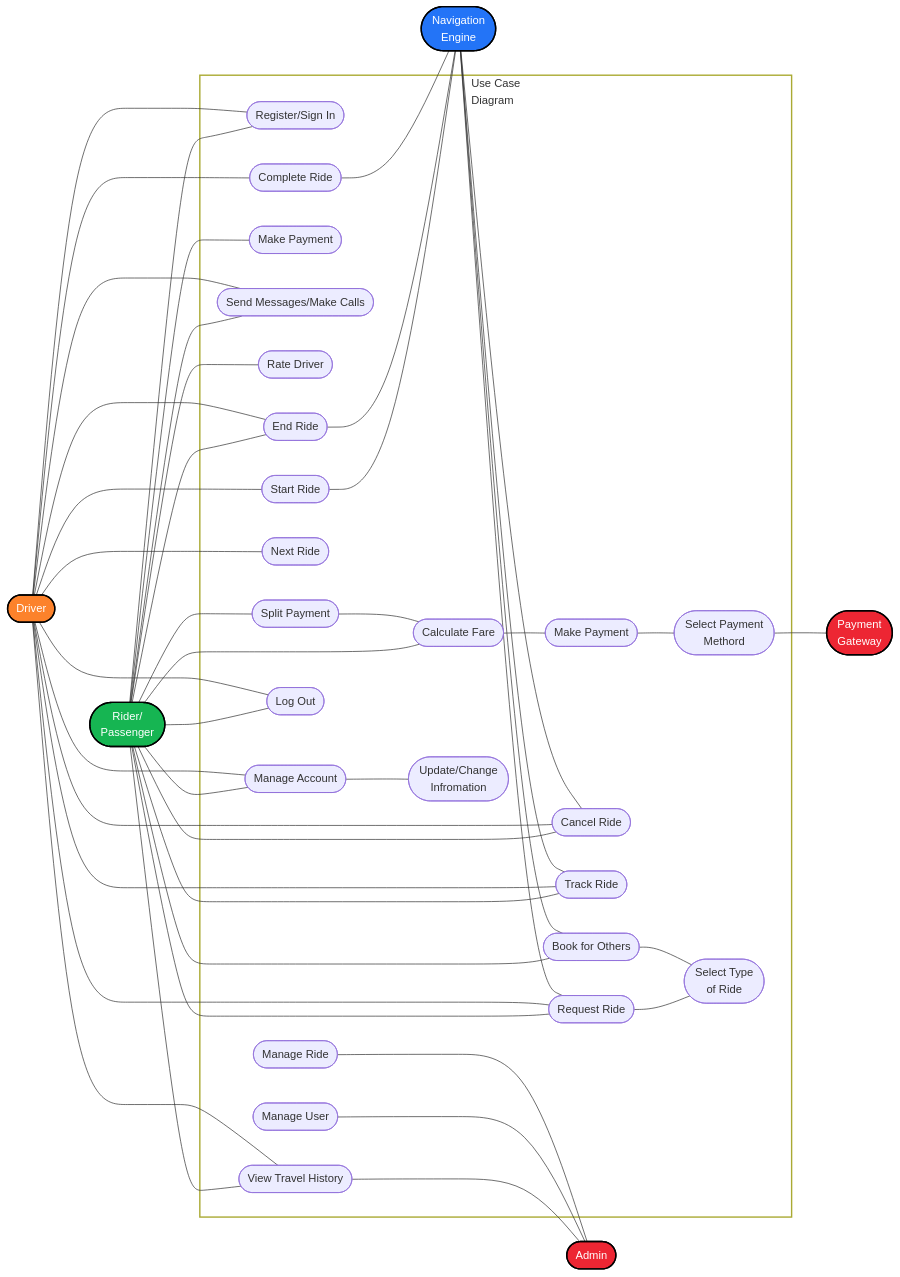
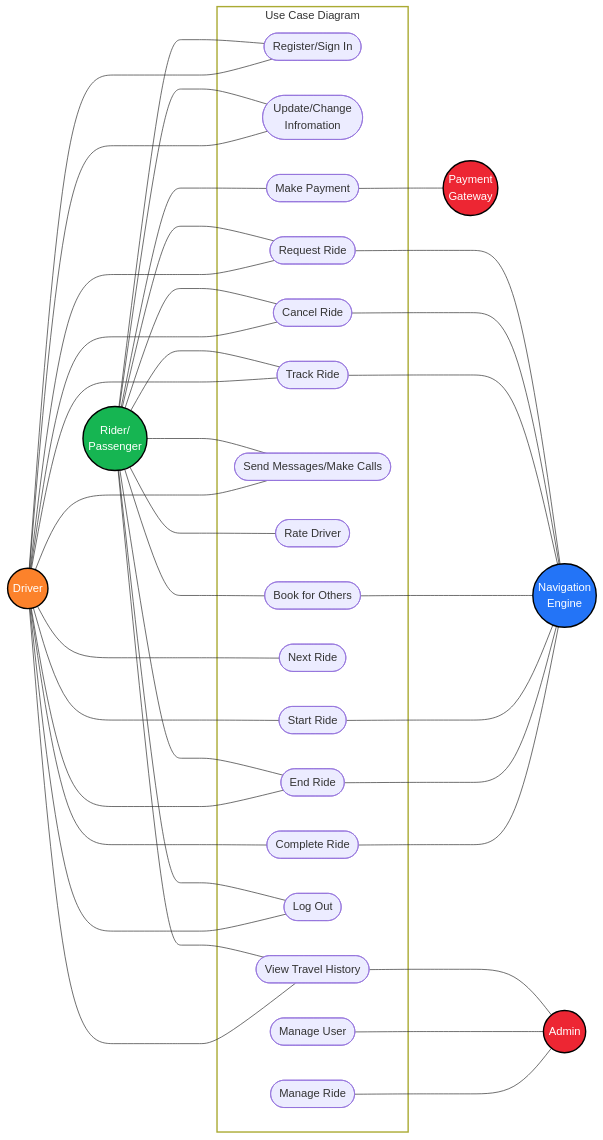
One commit to vividblueprint/SE-RideSharingService-architecture changed the sixth of 8 diagrams in README.md. Above: the diagram before and after it, drawn with Mermaid. The commit also changed other lines of this file, not shown here.

Commit message:
UseCaseDiagramModified

````diff
--- a/README.md
+++ b/README.md
@@ -338,56 +339,54 @@
 ```mermaid
     graph LR;
-    A([Rider/\nPassenger]):::green;
-    B([Driver]):::orange;
-    C([Navigation\nEngine]):::blue;
-    D([Admin]):::red;
-    E([Payment\nGateway]):::red;
-    A --- 1([Register/Sign In])
-    B ---- 1
-    A --- 2([Manage Account])---2.1([Update/Change\nInfromation])
-    B ---- 2
-    A --- 3([Request Ride])---3.1([Select Type\nof Ride])
-    B ---- 3
-    C --- 3
+    A((Rider/\nPassenger)):::green;
+    B((Driver)):::orange;
+    C((Navigation\nEngine)):::blue;
+    D((Admin)):::red;
+    E((Payment\nGateway)):::red;
+    A ---- 1([Register/Sign In])
+    B ----- 1
+    A --- 2([Update/Change\nInfromation])
+    B --- 2
+    A --- 3([Request Ride])
+    B --- 3
+    3----C
     A --- 4([Cancel Ride])
-    B ---- 4
-    C --- 4
+    B --- 4
+    4---C
     A --- 5([Track Ride])
-    B ---- 5
-    C---5
+    B --- 5
+    5---C
     A --- 6([Make Payment])
+    6---E
     A --- 7([Send Messages/Make Calls])
-    B ---- 7
+    B --- 7
     A --- 8([Rate Driver])
     A --- 9([View Travel History])
-    9 ---- D
-    B ---- 9
-    A --- 10([Calculate Fare])---11([Make Payment])---12([Select Payment\nMethord])
-    12 --- E
-    A --- 13([Split Payment])---10
+    9---D
+    B --- 9
     B --- 14([Next Ride])
-    A --- 15([Book for Others]) ---3.1
-    C --- 15
-    B ---- 16([Start Ride])
-    16 --- C
+    A --- 15([Book for Others])
+    15---C
+    B --- 16([Start Ride])
+    16---C 
     A --- 17([End Ride])
-    B ---- 17
-    17 --- C
+    B --- 17
+    17---C
     A --- 18([Log Out])
-    B ---- 18
+    B --- 18
     B --- 19([Complete Ride])
-    19 --- C
+    19---C
     20([Manage User])----D
-    21([Manage Ride])----D
-    %%A --> 16([ ])
+    21([Manage Ride])---D
+    
     classDef blue fill:#2374f7,stroke:#000,stroke-width:2px,color:#fff;
     classDef orange fill:#fc822b,stroke:#000,stroke-width:2px,color:#fff;
     classDef green fill:#16b552,stroke:#000,stroke-width:2px,color:#fff;
     classDef red fill:#ed2633,stroke:#000,stroke-width:2px,color:#fff;
     classDef none fill:#none,stroke:#000,stroke-width:2px,color:#fff;
-    subgraph USE[Use Case\nDiagram];
+    subgraph USE[Use Case Diagram];
     style USE  fill:none,stroke:#f0000,stroke-width:2px;
-    1;2;2.1;3;3.1;4;5;6;7;8;9;10;11;12;13;14;15;16;17;18;19;20;21
+    1;2;3;4;5;6;7;8;9;14;15;16;17;18;19;20;21
     end
 
 ```
````
